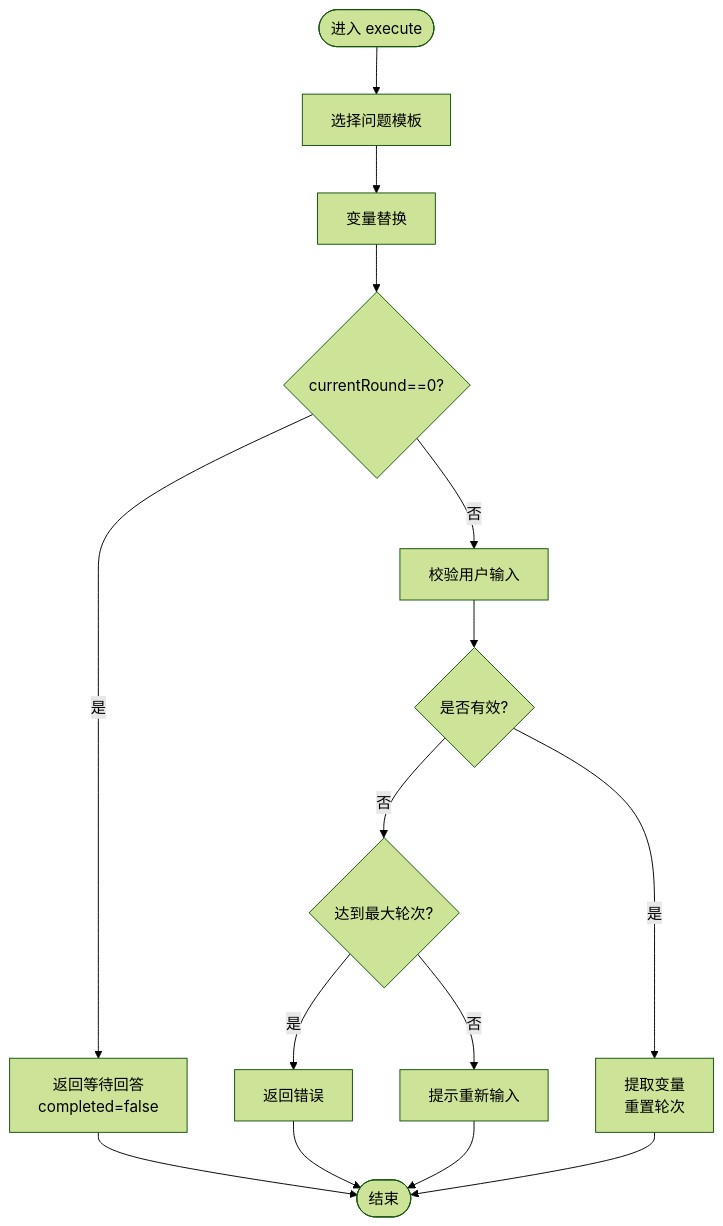
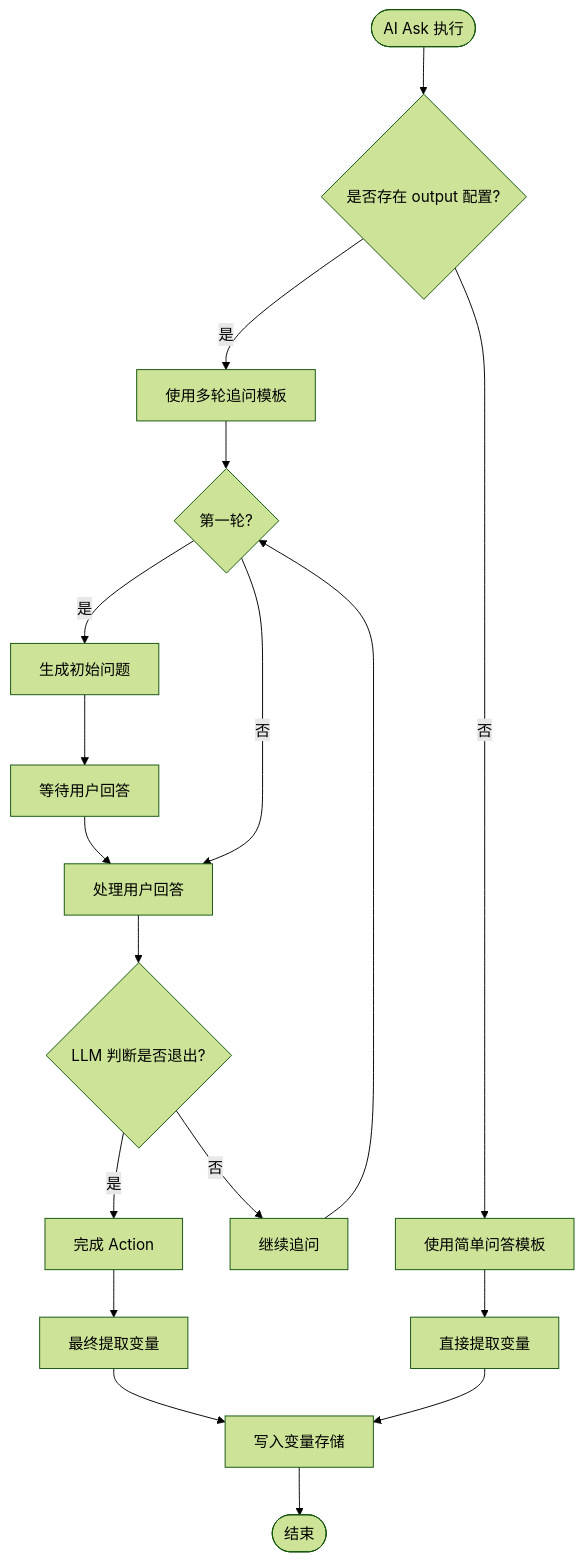
The fourth of 6 diagrams in .qoder/repowiki/zh/content/Action系统/Action系统.md (EverettCamus/HeartRule-Qoder), drawn with Mermaid (forest theme) before and after one commit. The commit also changed other lines of this file and 31 other files, not shown here.

````diff
--- a/.qoder/repowiki/zh/content/Action系统/Action系统.md
+++ b/.qoder/repowiki/zh/content/Action系统/Action系统.md
@@ -246,17 +327,20 @@
 ```mermaid
 flowchart TD
-Start(["进入 execute"]) --> QSel["选择问题模板"]
-QSel --> QSub["变量替换"]
-QSub --> Round0{"currentRound==0?"}
-Round0 --> |是| Ask["返回等待回答<br/>completed=false"]
-Round0 --> |否| Validate["校验用户输入"]
-Validate --> Valid{"是否有效?"}
-Valid --> |否| Retry{"达到最大轮次?"}
-Retry --> |是| Fail["返回错误"]
-Retry --> |否| AskRetry["提示重新输入"]
-Valid --> |是| Extract["提取变量<br/>重置轮次"]
-AskRetry --> End(["结束"])
-Ask --> End
-Extract --> End
-Fail --> End
+Start(["AI Ask 执行"]) --> CheckOutput{"是否存在 output 配置?"}
+CheckOutput --> |是| MultiRound["使用多轮追问模板"]
+CheckOutput --> |否| Simple["使用简单问答模板"]
+MultiRound --> FirstRound{"第一轮?"}
+FirstRound --> |是| GenerateInitial["生成初始问题"]
+FirstRound --> |否| ProcessAnswer["处理用户回答"]
+ProcessAnswer --> JudgeExit{"LLM 判断是否退出?"}
+JudgeExit --> |是| Finish["完成 Action"]
+JudgeExit --> |否| Continue["继续追问"]
+GenerateInitial --> WaitAnswer["等待用户回答"]
+WaitAnswer --> ProcessAnswer
+Finish --> ExtractFinal["最终提取变量"]
+ExtractFinal --> WriteStore["写入变量存储"]
+WriteStore --> End(["结束"])
+Continue --> FirstRound
+Simple --> DirectExtract["直接提取变量"]
+DirectExtract --> WriteStore
 ```
````
